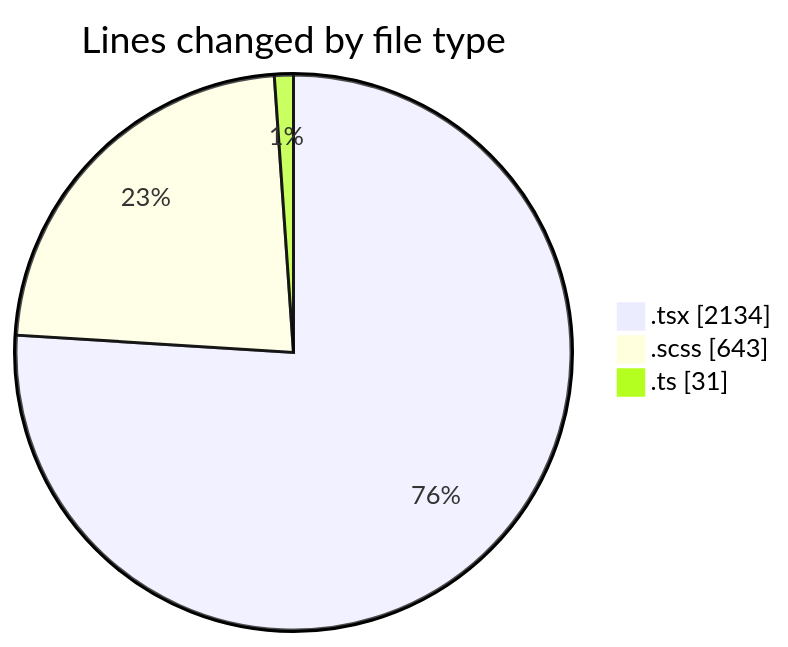
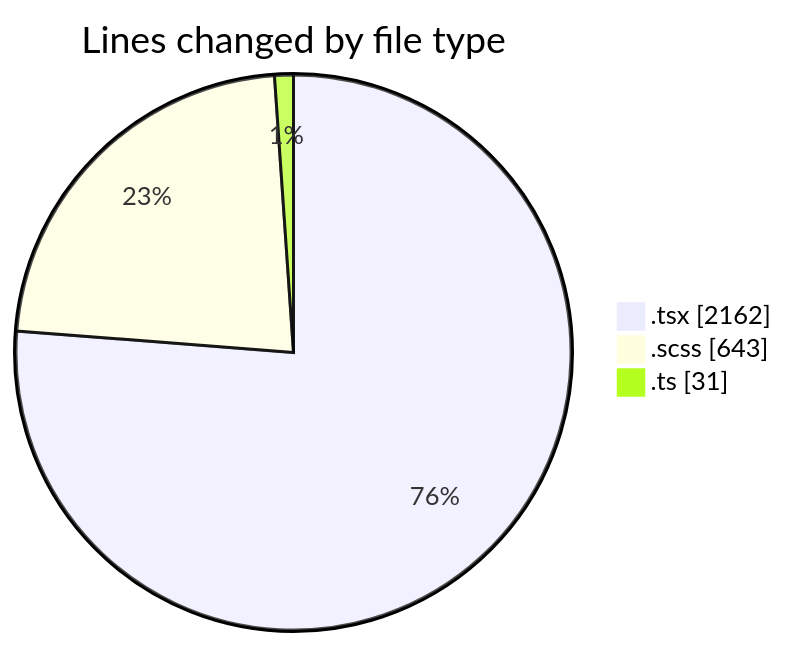
Before and after one commit to momahboobian/code-tracking: the first of 2 diagrams in 2025-04-07/cda/README.md, drawn with Mermaid. The commit also changed other lines of this file and 1 other file, not shown here.

````diff
--- a/2025-04-07/cda/README.md
+++ b/2025-04-07/cda/README.md
@@ -30,7 +31,7 @@
 ```mermaid
 pie showData
 title Lines changed by file type
-".tsx" : 2134
+".tsx" : 2162
 ".scss" : 643
 ".ts" : 31
 ```
````
